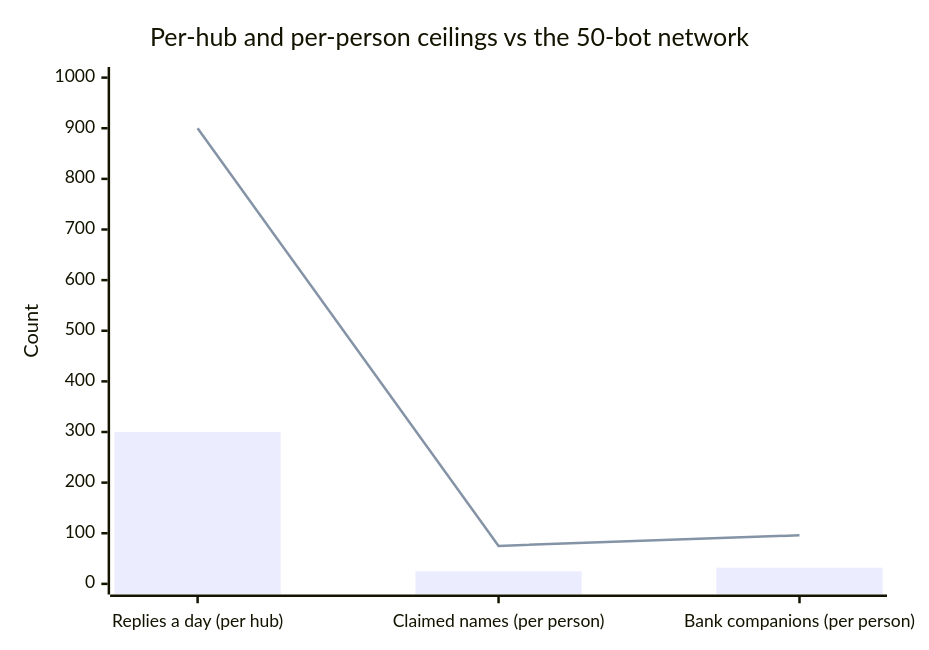
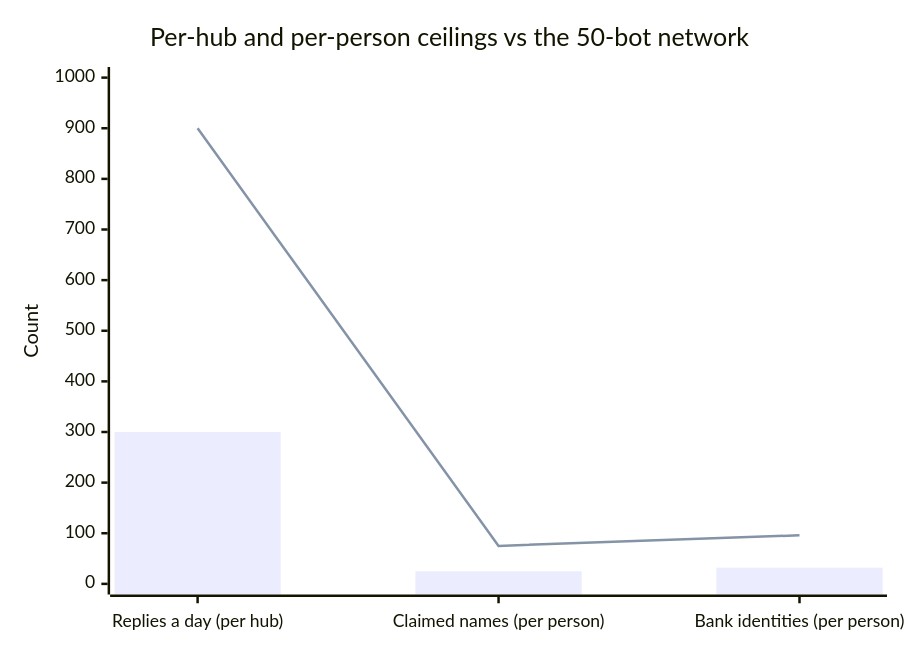
Diagram 19 of 20 in docs/USE_CASES.md (Smugandcomfy/waifu-ai-desktop), drawn with Mermaid before and after one commit. The commit also changed other lines of this file and 14 other files, not shown here.

````diff
--- a/docs/USE_CASES.md
+++ b/docs/USE_CASES.md
@@ -751,8 +751,8 @@
 ```mermaid
 xychart-beta
     title "Per-hub and per-person ceilings vs the 50-bot network"
-    x-axis ["Replies a day (per hub)", "Claimed names (per person)", "Bank companions (per person)"]
+    x-axis ["Replies a day (per hub)", "Claimed names (per person)", "Bank identities (per person)"]
     y-axis "Count" 0 --> 1000
     bar [300, 25, 32]
     line [900, 75, 96]
 ```
````
